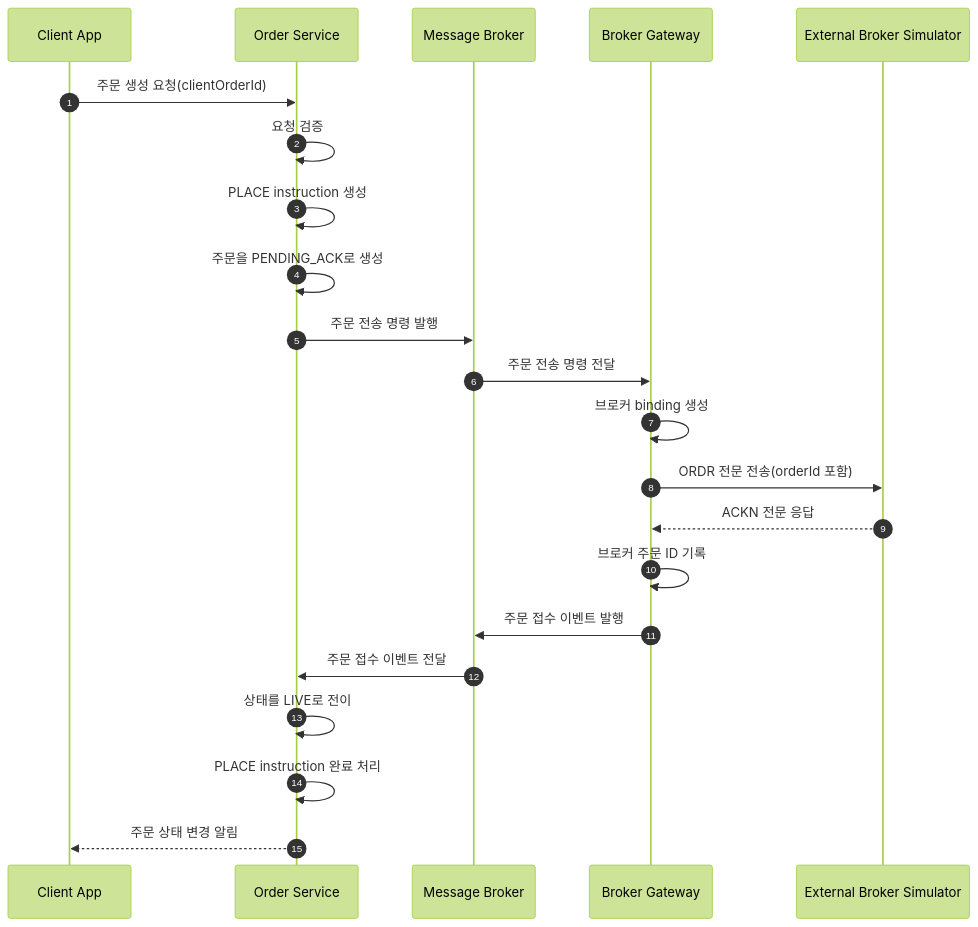
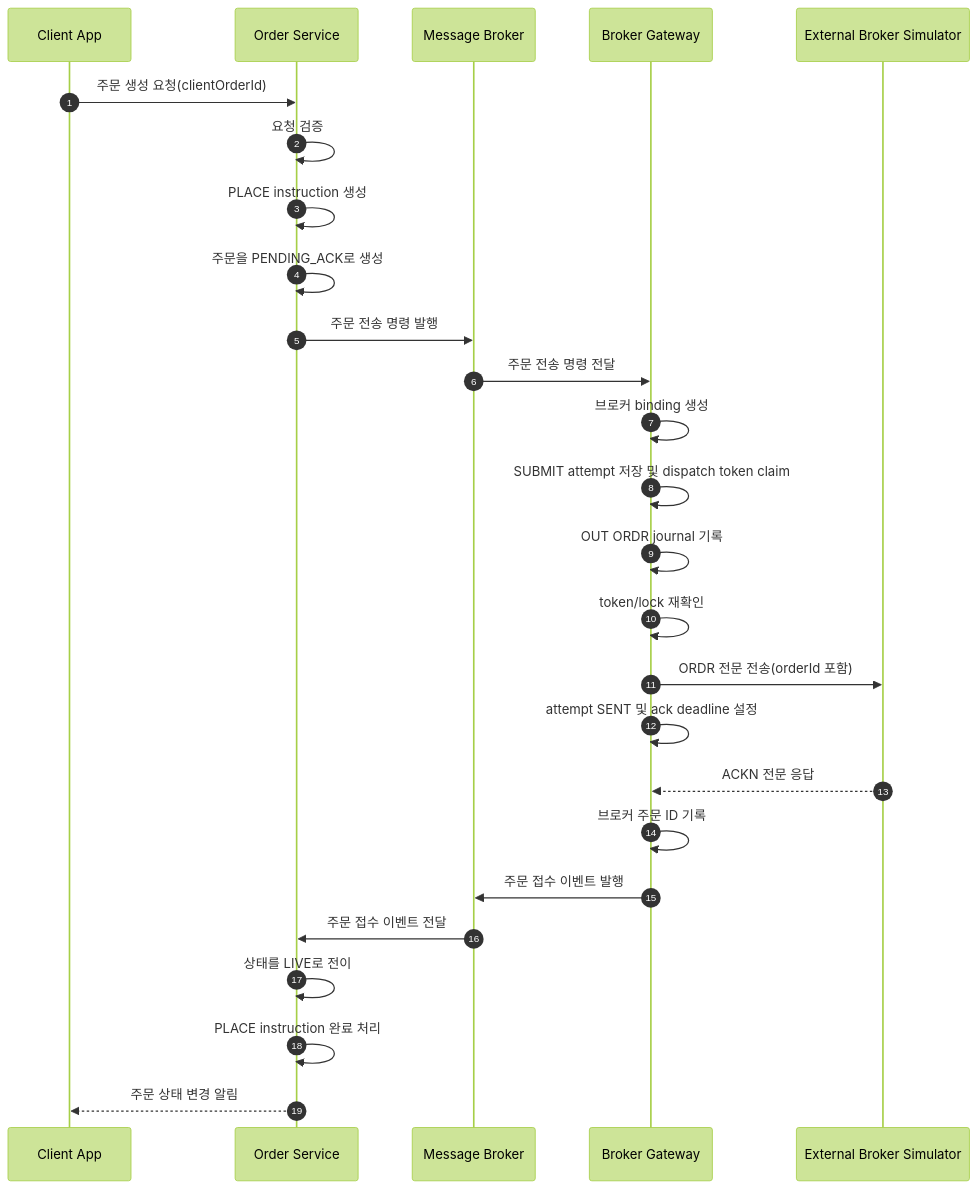
The second of 6 diagrams in docs/07-architecture-overview.md (f-lab-edu/trading-order-reliability-lab), drawn with Mermaid (forest theme) before and after one commit. The commit also changed other lines of this file and 18 other files, not shown here.

````diff
--- a/docs/07-architecture-overview.md
+++ b/docs/07-architecture-overview.md
@@ -330,27 +330,31 @@
 ```mermaid
 sequenceDiagram
     autonumber
     participant C as Client App
     participant OS as Order Service
     participant MB as Message Broker
     participant BG as Broker Gateway
     participant B as External Broker Simulator
 
     C->>OS: 주문 생성 요청(clientOrderId)
     OS->>OS: 요청 검증
     OS->>OS: PLACE instruction 생성
     OS->>OS: 주문을 PENDING_ACK로 생성
     OS->>MB: 주문 전송 명령 발행
 
     MB->>BG: 주문 전송 명령 전달
     BG->>BG: 브로커 binding 생성
+    BG->>BG: SUBMIT attempt 저장 및 dispatch token claim
+    BG->>BG: OUT ORDR journal 기록
+    BG->>BG: token/lock 재확인
     BG->>B: ORDR 전문 전송(orderId 포함)
+    BG->>BG: attempt SENT 및 ack deadline 설정
     B-->>BG: ACKN 전문 응답
     BG->>BG: 브로커 주문 ID 기록
     BG->>MB: 주문 접수 이벤트 발행
 
     MB->>OS: 주문 접수 이벤트 전달
     OS->>OS: 상태를 LIVE로 전이
     OS->>OS: PLACE instruction 완료 처리
     OS-->>C: 주문 상태 변경 알림
 ```
````
